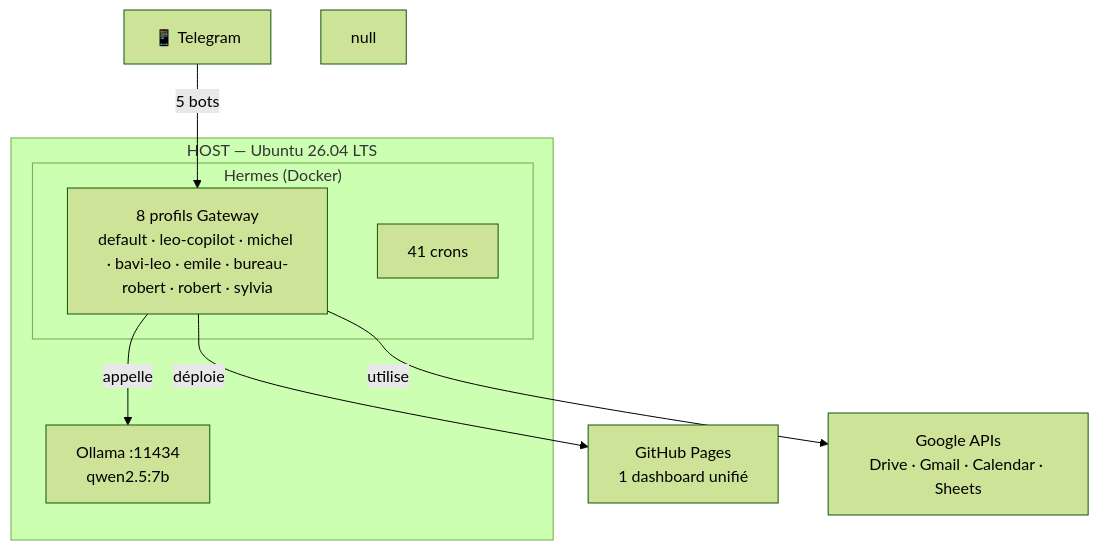
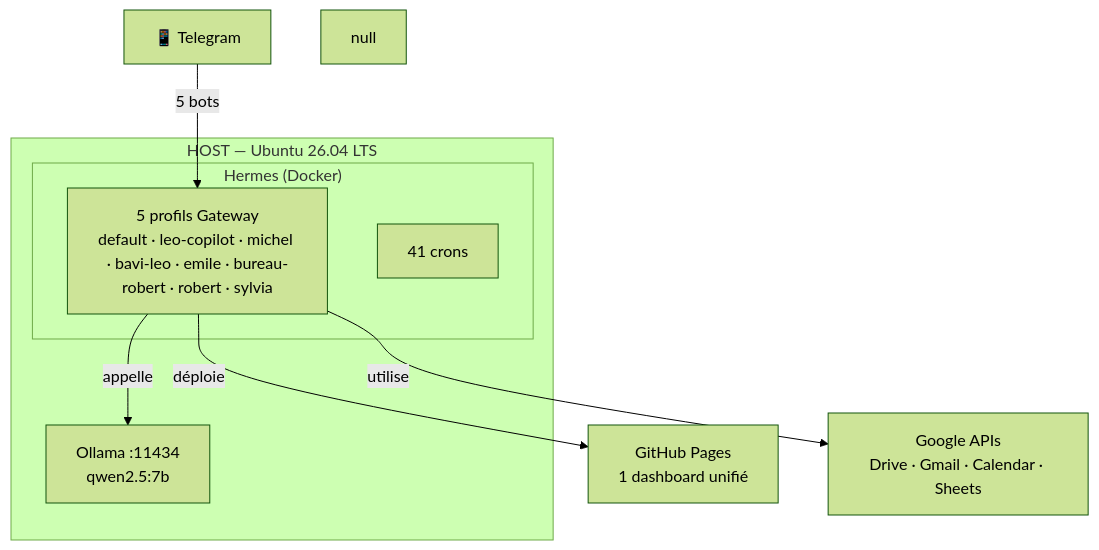
The diagram in docs/hermes/installation/linux.md (christophedanhier-hash/hermes-wiki), drawn with Mermaid (forest theme) before and after one commit. The commit also changed other lines of this file and 56 other files, not shown here.

````diff
--- a/docs/hermes/installation/linux.md
+++ b/docs/hermes/installation/linux.md
@@ -127,16 +127,16 @@
 ```mermaid
 graph TB
     subgraph HOST["HOST — Ubuntu 26.04 LTS"]
         Ollama["Ollama :11434<br/>qwen2.5:7b"]
         subgraph Docker["Hermes (Docker)"]
-            GW["8 profils Gateway<br/>default · leo-copilot · michel · bavi-leo · emile · bureau-robert · robert · sylvia"]
+            GW["5 profils Gateway<br/>default · leo-copilot · michel · bavi-leo · emile · bureau-robert · robert · sylvia"]
             Crons["41 crons"]
         end
     end
     
     Telegram["📱 Telegram"] -->|"5 bots"| GW
     GW -->|"déploie"| GH["GitHub Pages<br/>1 dashboard unifié"]
     GW -->|"utilise"| Google["Google APIs<br/>Drive · Gmail · Calendar · Sheets"]
     GW -->|"appelle"| Ollama
     null
 ```
````
